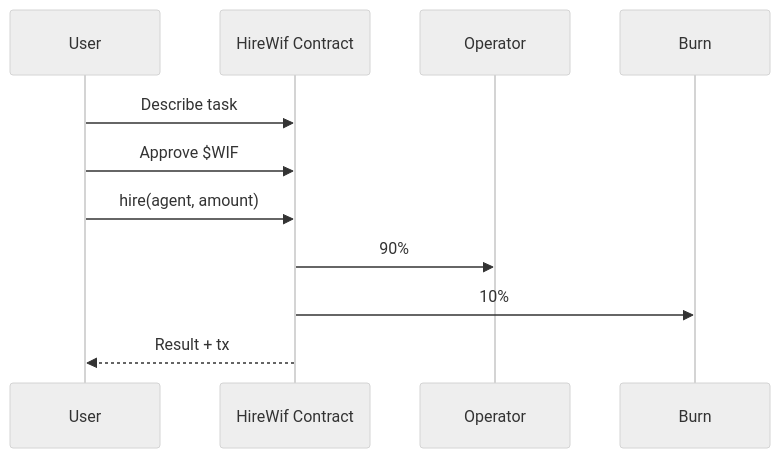
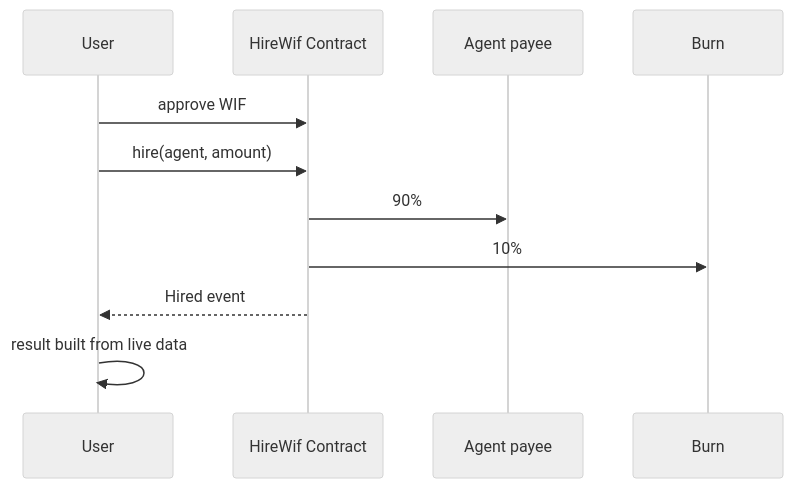
One commit to thesithunyein/hirewif changed the diagram in README.md. Above: the diagram before and after it, drawn with Mermaid (neutral theme). The commit also changed other lines of this file and 23 other files, not shown here.

First line of the commit message:
Answer from live chain data and open agent supply

````diff
--- a/README.md
+++ b/README.md
@@ -34,14 +45,14 @@
 ```mermaid
 sequenceDiagram
     participant U as User
     participant C as HireWif Contract
-    participant O as Operator
+    participant P as Agent payee
     participant B as Burn
 
-    U->>C: Describe task
-    U->>C: Approve $WIF
+    U->>C: approve WIF
     U->>C: hire(agent, amount)
-    C->>O: 90%
+    C->>P: 90%
     C->>B: 10%
-    C-->>U: Result + tx
+    C-->>U: Hired event
+    U->>U: result built from live data
 ```
````
